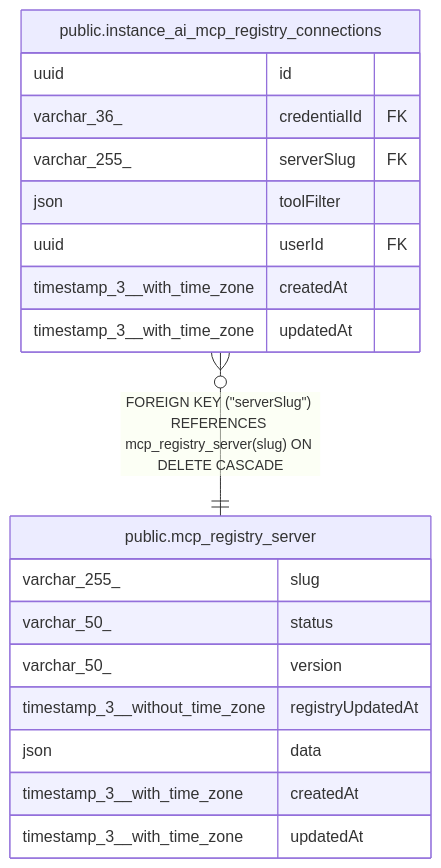
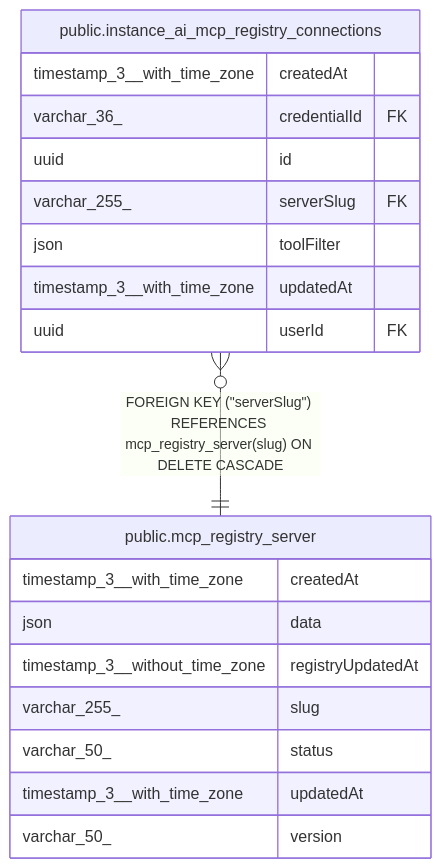
The diagram in docs/generated/postgres-schema/public.mcp_registry_server.md (mayankjain1815-commits/n8n), drawn with Mermaid before and after one commit. The commit also changed other lines of this file and 221 other files, not shown here.

Commit message:
chore(core): Make DB schema docs generation deterministic (#32373)

````diff
--- a/docs/generated/postgres-schema/public.mcp_registry_server.md
+++ b/docs/generated/postgres-schema/public.mcp_registry_server.md
@@ -37,24 +37,24 @@
 ```mermaid
 erDiagram
 
 "public.instance_ai_mcp_registry_connections" }o--|| "public.mcp_registry_server" : "FOREIGN KEY (#quot;serverSlug#quot;) REFERENCES mcp_registry_server(slug) ON DELETE CASCADE"
 
 "public.mcp_registry_server" {
+  timestamp_3__with_time_zone createdAt
+  json data
+  timestamp_3__without_time_zone registryUpdatedAt
   varchar_255_ slug
   varchar_50_ status
+  timestamp_3__with_time_zone updatedAt
   varchar_50_ version
-  timestamp_3__without_time_zone registryUpdatedAt
-  json data
-  timestamp_3__with_time_zone createdAt
-  timestamp_3__with_time_zone updatedAt
 }
 "public.instance_ai_mcp_registry_connections" {
+  timestamp_3__with_time_zone createdAt
+  varchar_36_ credentialId FK
   uuid id
-  varchar_36_ credentialId FK
   varchar_255_ serverSlug FK
   json toolFilter
+  timestamp_3__with_time_zone updatedAt
   uuid userId FK
-  timestamp_3__with_time_zone createdAt
-  timestamp_3__with_time_zone updatedAt
 }
 ```
````
